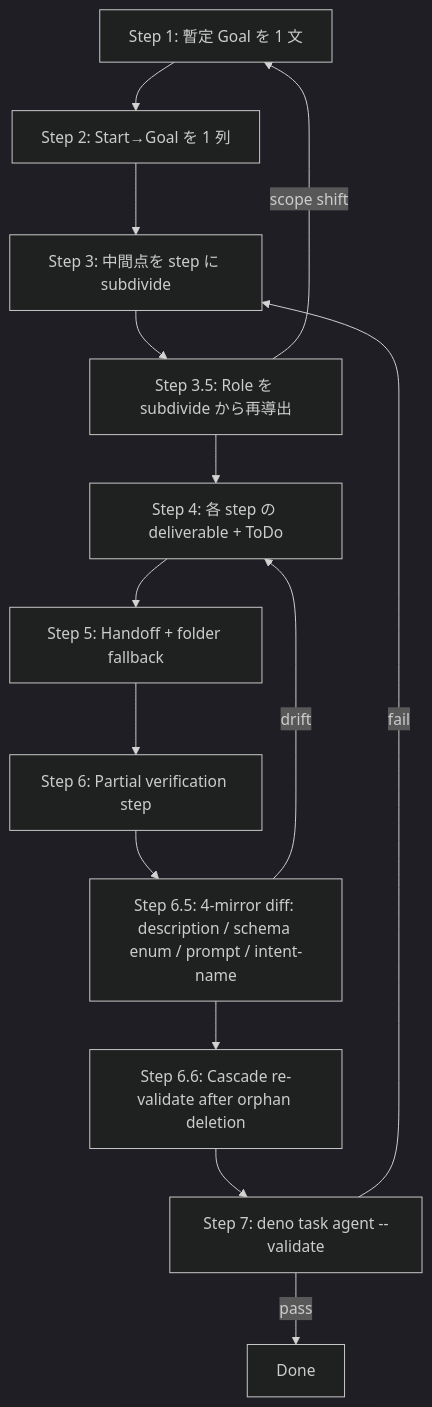
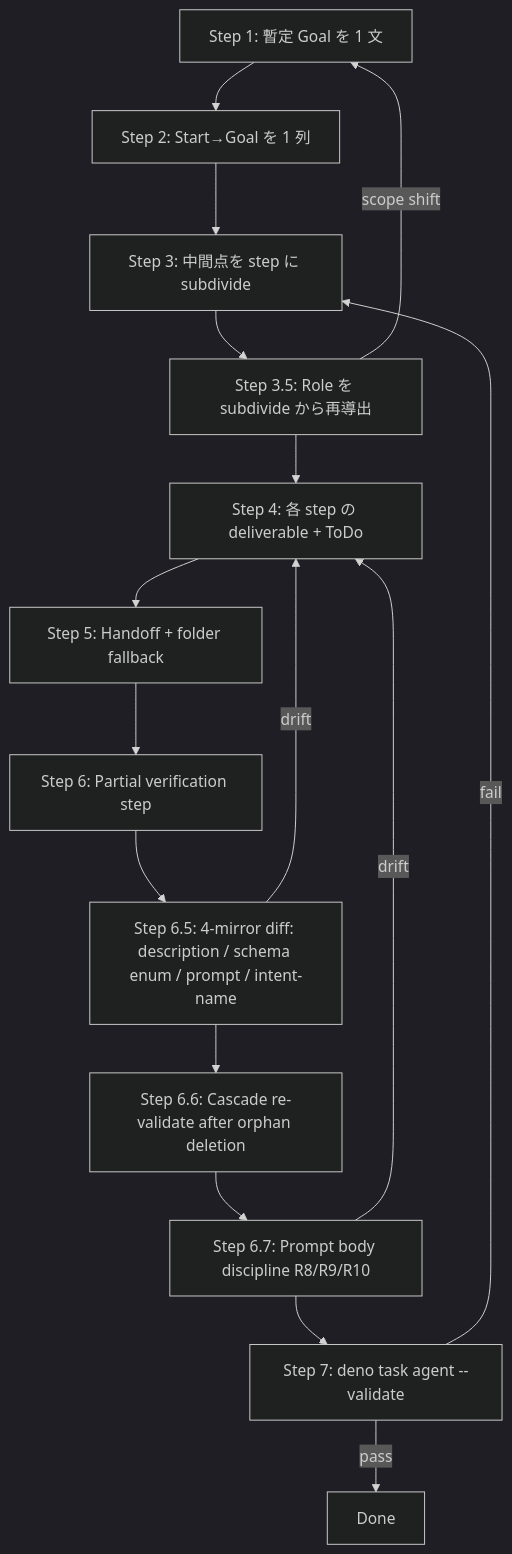
The diagram in .claude/skills/agent-step-design/SKILL.md (tettuan/climpt), drawn with Mermaid (dark theme) before and after one commit. The commit also changed other lines of this file, not shown here.

````diff
--- a/.claude/skills/agent-step-design/SKILL.md
+++ b/.claude/skills/agent-step-design/SKILL.md
@@ -43,16 +46,18 @@
 ```mermaid
 flowchart TD
     A[Step 1: 暫定 Goal を 1 文] --> B[Step 2: Start→Goal を 1 列]
     B --> C[Step 3: 中間点を step に subdivide]
     C --> R[Step 3.5: Role を subdivide から再導出]
     R -->|scope shift| A
     R --> D[Step 4: 各 step の deliverable + ToDo]
     D --> E[Step 5: Handoff + folder fallback]
     E --> F[Step 6: Partial verification step]
     F --> M[Step 6.5: 4-mirror diff: description / schema enum / prompt / intent-name]
     M -->|drift| D
     M --> N[Step 6.6: Cascade re-validate after orphan deletion]
-    N --> G[Step 7: deno task agent --validate]
+    N --> P[Step 6.7: Prompt body discipline R8/R9/R10]
+    P -->|drift| D
+    P --> G[Step 7: deno task agent --validate]
     G -->|fail| C
     G -->|pass| H[Done]
 ```
````
